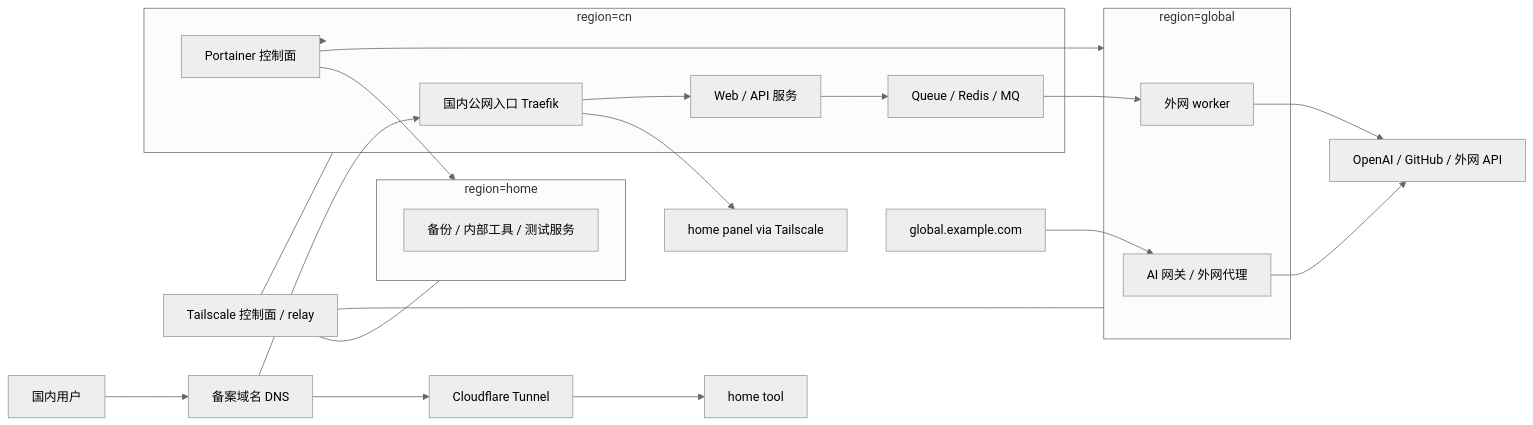
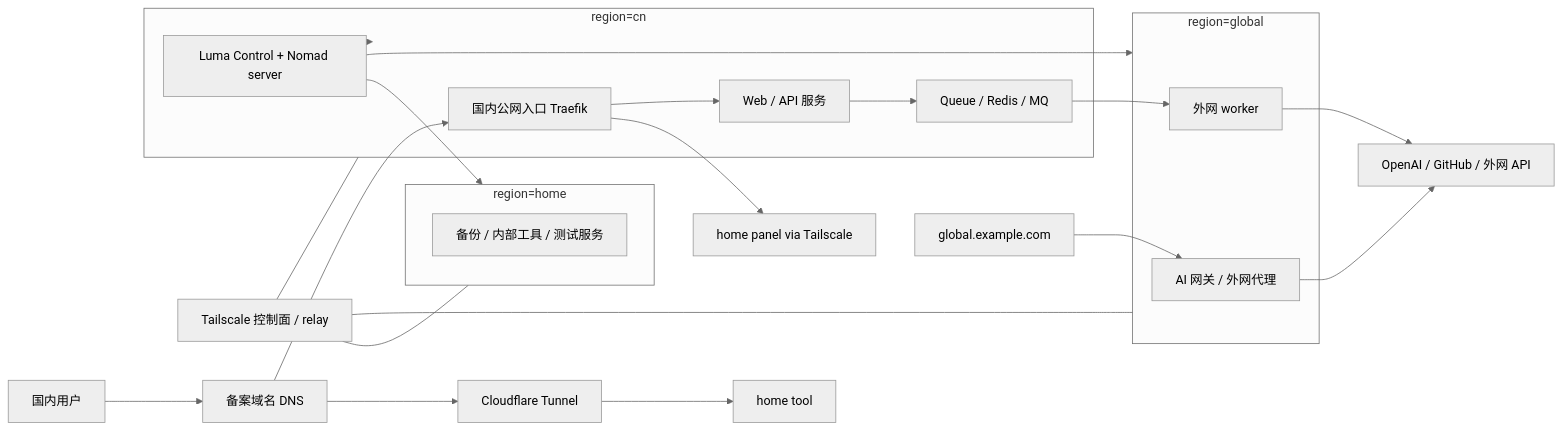
The diagram in docs/architecture.md (LiuTianjie/luma), drawn with Mermaid (neutral theme) before and after one commit. The commit also changed other lines of this file and 86 other files, not shown here.

Commit message:
Migrate Luma control to Nomad

````diff
--- a/docs/architecture.md
+++ b/docs/architecture.md
@@ -20,34 +21,34 @@
 ```mermaid
 flowchart LR
   user["国内用户"] --> dns["备案域名 DNS"]
   dns --> traefik["国内公网入口 Traefik"]
 
   subgraph cn["region=cn"]
     traefik --> web["Web / API 服务"]
     web --> queue["Queue / Redis / MQ"]
-    portainer["Portainer 控制面"]
+    control["Luma Control + Nomad server"]
   end
 
   subgraph global["region=global"]
     worker["外网 worker"]
     gateway["AI 网关 / 外网代理"]
   end
 
   subgraph home["region=home"]
     backup["备份 / 内部工具 / 测试服务"]
   end
 
   queue --> worker
   dns --> cf["Cloudflare Tunnel"]
   cf --> home_tool["home tool"]
   traefik --> home_panel["home panel via Tailscale"]
   global_dns["global.example.com"] --> gateway
   worker --> internet["OpenAI / GitHub / 外网 API"]
   gateway --> internet
-  portainer --> cn
-  portainer --> global
-  portainer --> home
+  control --> cn
+  control --> global
+  control --> home
   tailscale["Tailscale 控制面 / relay"] --- cn
   tailscale --- global
   tailscale --- home
 ```
````
